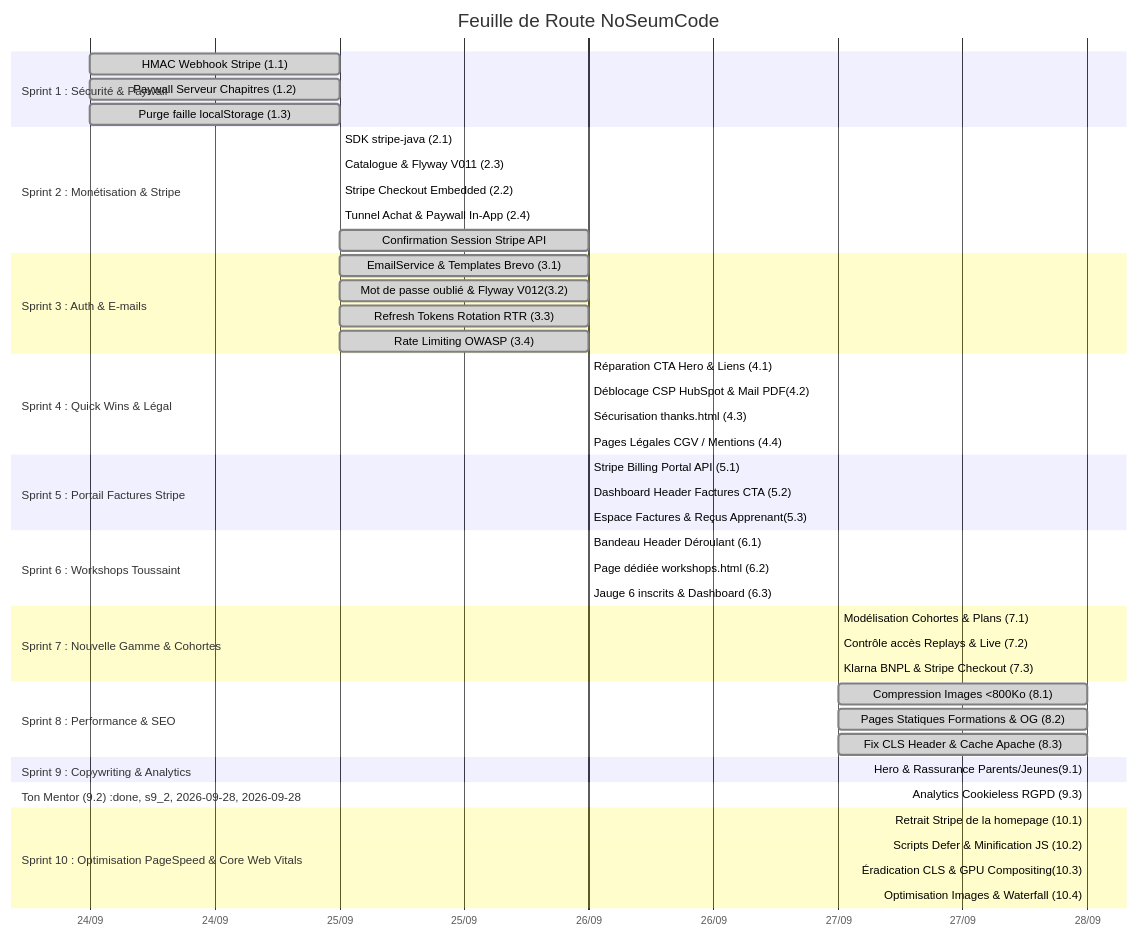
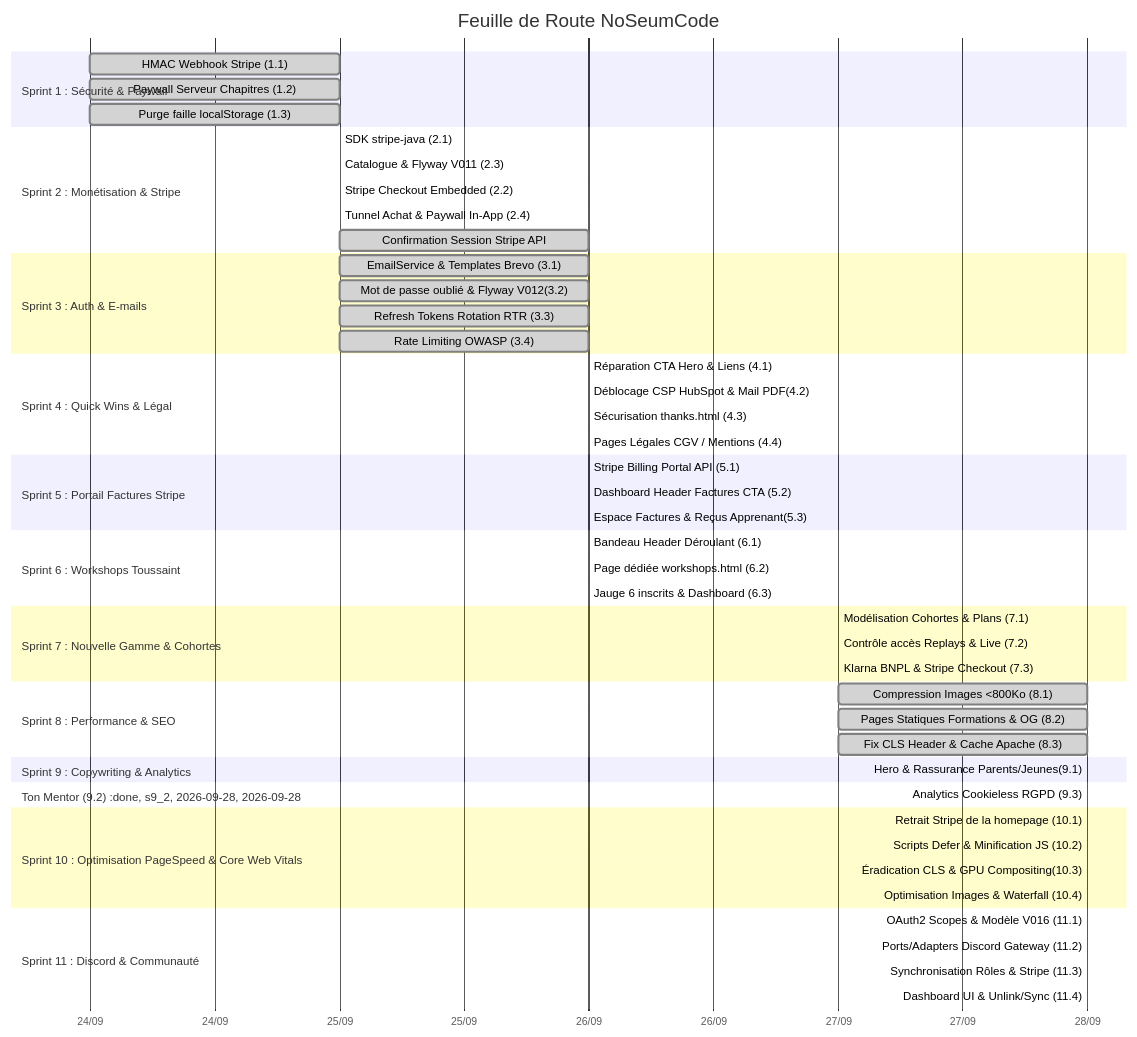
Before and after one commit to cedricrgt/noSeumCode: the diagram in docs/ai/ROADMAP.md, drawn with Mermaid. The commit also changed other lines of this file and 25 other files, not shown here.

First line of the commit message:
feat: integrate discord oauth2 guild membership and role automation

````diff
--- a/docs/ai/ROADMAP.md
+++ b/docs/ai/ROADMAP.md
@@ -27,61 +28,67 @@
 ```mermaid
 gantt
     title Feuille de Route NoSeumCode
     dateFormat  YYYY-MM-DD
     axisFormat  %d/%m
 
     section Sprint 1 : Sécurité & Paywall
     HMAC Webhook Stripe (1.1)            :done, s1_1, 2026-09-24, 2026-09-25
     Paywall Serveur Chapitres (1.2)      :done, s1_2, 2026-09-24, 2026-09-25
     Purge faille localStorage (1.3)      :done, s1_3, 2026-09-24, 2026-09-25
 
     section Sprint 2 : Monétisation & Stripe
     SDK stripe-java (2.1)                :done, s2_1, 2026-09-25, 2026-09-25
     Catalogue & Flyway V011 (2.3)        :done, s2_2, 2026-09-25, 2026-09-25
     Stripe Checkout Embedded (2.2)       :done, s2_3, 2026-09-25, 2026-09-25
     Tunnel Achat & Paywall In-App (2.4)  :done, s2_4, 2026-09-25, 2026-09-25
     Confirmation Session Stripe API      :done, s2_5, 2026-09-25, 2026-09-26
 
     section Sprint 3 : Auth & E-mails
     EmailService & Templates Brevo (3.1) :done, s3_1, 2026-09-25, 2026-09-26
     Mot de passe oublié & Flyway V012(3.2):done, s3_2, 2026-09-25, 2026-09-26
     Refresh Tokens Rotation RTR (3.3)    :done, s3_3, 2026-09-25, 2026-09-26
     Rate Limiting OWASP (3.4)            :done, s3_4, 2026-09-25, 2026-09-26
 
     section Sprint 4 : Quick Wins & Légal
     Réparation CTA Hero & Liens (4.1)    :done, s4_1, 2026-09-26, 2026-09-26
     Déblocage CSP HubSpot & Mail PDF(4.2):done, s4_2, 2026-09-26, 2026-09-26
     Sécurisation thanks.html (4.3)       :done, s4_3, 2026-09-26, 2026-09-26
     Pages Légales CGV / Mentions (4.4)   :done, s4_4, 2026-09-26, 2026-09-26
 
     section Sprint 5 : Portail Factures Stripe
     Stripe Billing Portal API (5.1)      :done, s5_1, 2026-09-26, 2026-09-26
     Dashboard Header Factures CTA (5.2)  :done, s5_2, 2026-09-26, 2026-09-26
     Espace Factures & Reçus Apprenant(5.3):done, s5_3, 2026-09-26, 2026-09-26
 
     section Sprint 6 : Workshops Toussaint
     Bandeau Header Déroulant (6.1)       :done, s6_1, 2026-09-26, 2026-09-26
     Page dédiée workshops.html (6.2)     :done, s6_2, 2026-09-26, 2026-09-26
     Jauge 6 inscrits & Dashboard (6.3)   :done, s6_3, 2026-09-26, 2026-09-26
 
     section Sprint 7 : Nouvelle Gamme & Cohortes
     Modélisation Cohortes & Plans (7.1)  :done, s7_1, 2026-09-27, 2026-09-27
     Contrôle accès Replays & Live (7.2)  :done, s7_2, 2026-09-27, 2026-09-27
     Klarna BNPL & Stripe Checkout (7.3)  :done, s7_3, 2026-09-27, 2026-09-27
 
     section Sprint 8 : Performance & SEO
     Compression Images <800Ko (8.1)      :done, s8_1, 2026-09-27, 2026-09-28
     Pages Statiques Formations & OG (8.2):done, s8_2, 2026-09-27, 2026-09-28
     Fix CLS Header & Cache Apache (8.3)  :done, s8_3, 2026-09-27, 2026-09-28
 
     section Sprint 9 : Copywriting & Analytics
     Hero & Rassurance Parents/Jeunes(9.1):done, s9_1, 2026-09-28, 2026-09-28
     Section Ton Mentor (9.2)             :done, s9_2, 2026-09-28, 2026-09-28
     Analytics Cookieless RGPD (9.3)      :done, s9_3, 2026-09-28, 2026-09-28
 
     section Sprint 10 : Optimisation PageSpeed & Core Web Vitals
     Retrait Stripe de la homepage (10.1) :done, s10_1, 2026-09-28, 2026-09-28
     Scripts Defer & Minification JS (10.2):done, s10_2, 2026-09-28, 2026-09-28
     Éradication CLS & GPU Compositing(10.3):done, s10_3, 2026-09-28, 2026-09-28
     Optimisation Images & Waterfall (10.4):done, s10_4, 2026-09-28, 2026-09-28
+
+    section Sprint 11 : Discord & Communauté
+    OAuth2 Scopes & Modèle V016 (11.1)   :done, s11_1, 2026-09-28, 2026-09-28
+    Ports/Adapters Discord Gateway (11.2):done, s11_2, 2026-09-28, 2026-09-28
+    Synchronisation Rôles & Stripe (11.3):done, s11_3, 2026-09-28, 2026-09-28
+    Dashboard UI & Unlink/Sync (11.4)    :done, s11_4, 2026-09-28, 2026-09-28
 ```
````
